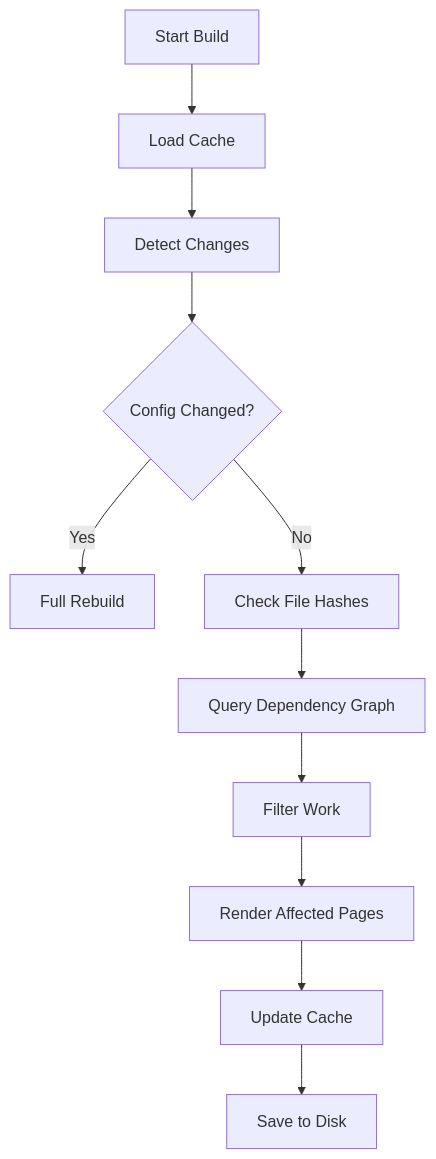
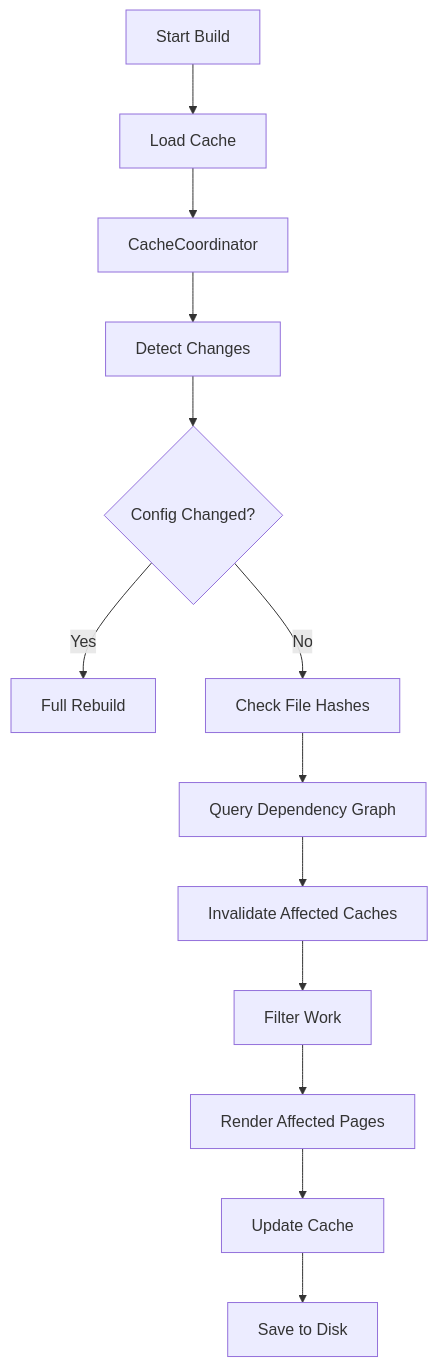
One commit to lbliii/bengal changed the first of 2 diagrams in site/content/docs/reference/architecture/core/cache.md. Above: the diagram before and after it, drawn with Mermaid. The commit also changed other lines of this file and 3 other files, not shown here.

First line of the commit message:
docs(cache): document CacheCoordinator, PathRegistry, RebuildManifest in architecture docs

````diff
--- a/site/content/docs/reference/architecture/core/cache.md
+++ b/site/content/docs/reference/architecture/core/cache.md
@@ -35,17 +35,20 @@
 ```mermaid
 flowchart TD
     Start[Start Build] --> Load[Load Cache]
-    Load --> Detect[Detect Changes]
+    Load --> Coordinator[CacheCoordinator]
+    
+    Coordinator --> Detect[Detect Changes]
 
     Detect --> Config{Config Changed?}
     Config -->|Yes| Full[Full Rebuild]
 
     Config -->|No| Hash[Check File Hashes]
     Hash --> DepGraph[Query Dependency Graph]
 
-    DepGraph --> Filter[Filter Work]
+    DepGraph --> Invalidate[Invalidate Affected Caches]
+    Invalidate --> Filter[Filter Work]
     Filter --> Render[Render Affected Pages]
 
     Render --> Update[Update Cache]
     Update --> Save[Save to Disk]
 ```
````
